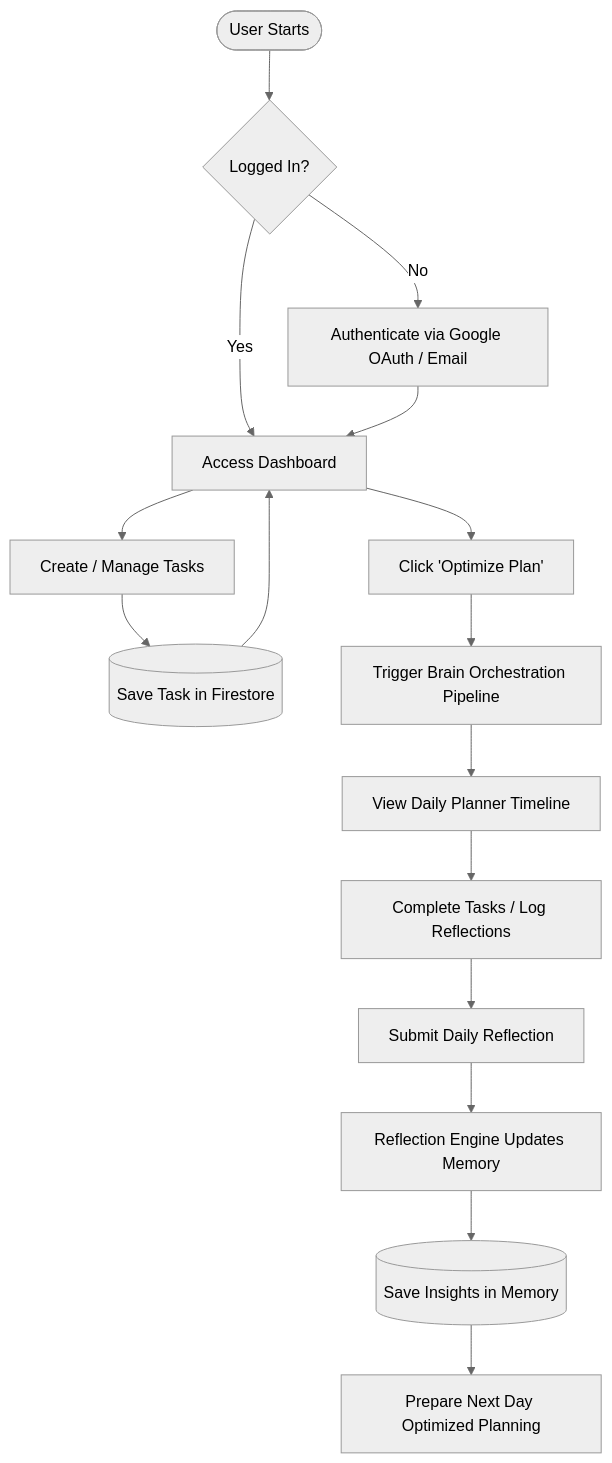
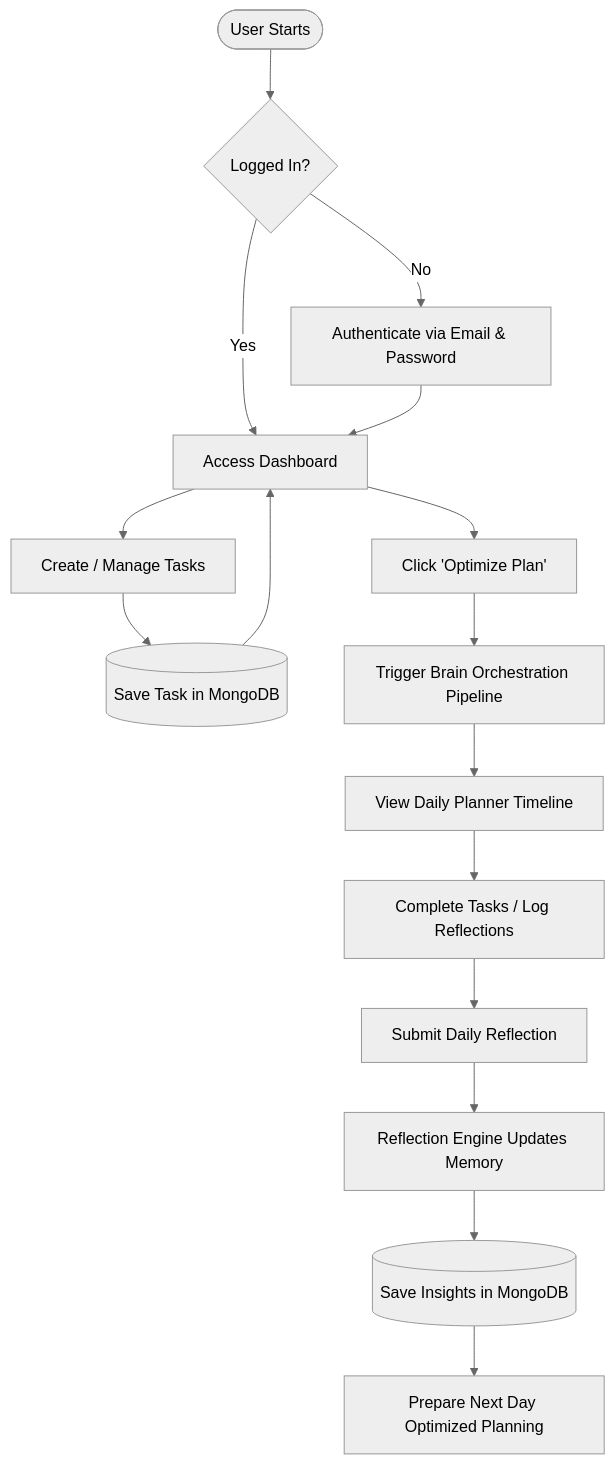
The second of 7 diagrams in README.md (Nitish-0710/vibe2ship-momentum), drawn with Mermaid (neutral theme) before and after one commit. The commit also changed other lines of this file, not shown here.

Commit message:
docs: update README.md to document the MongoDB + Groq infrastructure migration

````diff
--- a/README.md
+++ b/README.md
@@ -143,18 +167,18 @@
 ```mermaid
 graph TD
     Start([User Starts]) --> Auth{Logged In?}
-    Auth -->|No| Login[Authenticate via Google OAuth / Email]
+    Auth -->|No| Login[Authenticate via Email & Password]
     Auth -->|Yes| Dashboard[Access Dashboard]
     Login --> Dashboard
     Dashboard --> CreateTask[Create / Manage Tasks]
-    CreateTask --> StoreTask[(Save Task in Firestore)]
+    CreateTask --> StoreTask[(Save Task in MongoDB)]
     StoreTask --> Dashboard
     Dashboard --> ClickOptimize[Click 'Optimize Plan']
     ClickOptimize --> TriggerBrain[Trigger Brain Orchestration Pipeline]
     TriggerBrain --> ViewPlanner[View Daily Planner Timeline]
     ViewPlanner --> CompleteTasks[Complete Tasks / Log Reflections]
     CompleteTasks --> SubmitReflection[Submit Daily Reflection]
     SubmitReflection --> AnalyzeReflection[Reflection Engine Updates Memory]
-    AnalyzeReflection --> UpdateInsights[(Save Insights in Memory)]
+    AnalyzeReflection --> UpdateInsights[(Save Insights in MongoDB)]
     UpdateInsights --> NextDay[Prepare Next Day Optimized Planning]
 ```
````
